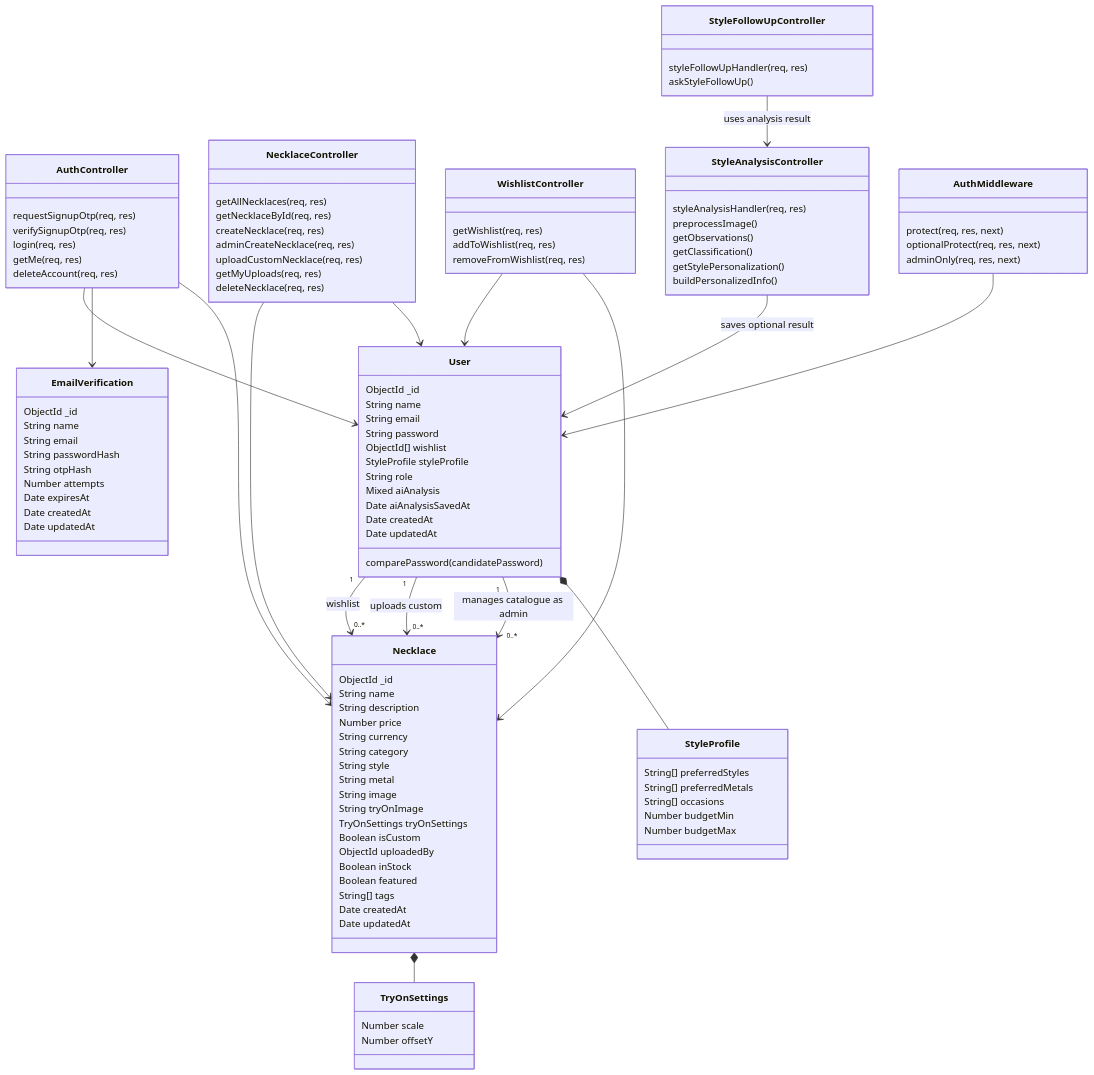
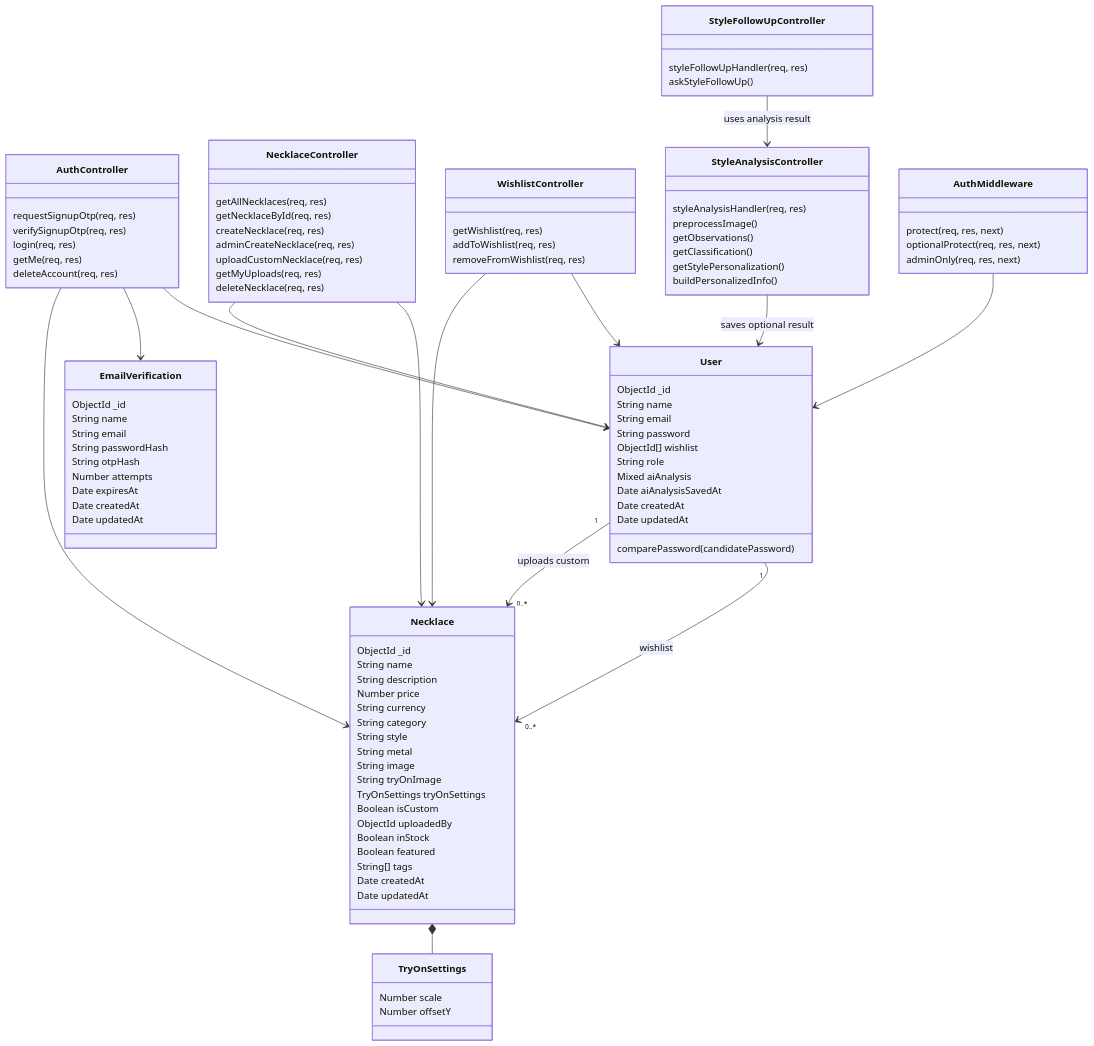
Before and after one commit to tiaoueiss/lumiere: the fourth of 6 diagrams in docs/uml-diagrams.md, drawn with Mermaid. The commit also changed other lines of this file, not shown here.

Commit message:
updated diagrams

```diff
--- a/docs/uml-diagrams.md
+++ b/docs/uml-diagrams.md
@@ -195,21 +185,12 @@
     String email
     String password
     ObjectId[] wishlist
-    StyleProfile styleProfile
     String role
     Mixed aiAnalysis
     Date aiAnalysisSavedAt
     Date createdAt
     Date updatedAt
     comparePassword(candidatePassword)
-  }
-
-  class StyleProfile {
-    String[] preferredStyles
-    String[] preferredMetals
-    String[] occasions
-    Number budgetMin
-    Number budgetMax
   }
 
   class Necklace {
@@ -296,8 +277,6 @@
 
   User "1" --> "0..*" Necklace : wishlist
   User "1" --> "0..*" Necklace : uploads custom
-  User "1" --> "0..*" Necklace : manages catalogue as admin
-  User *-- StyleProfile
   Necklace *-- TryOnSettings
   AuthController --> User
   AuthController --> EmailVerification
```
